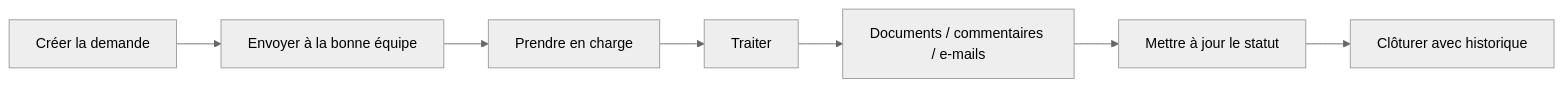
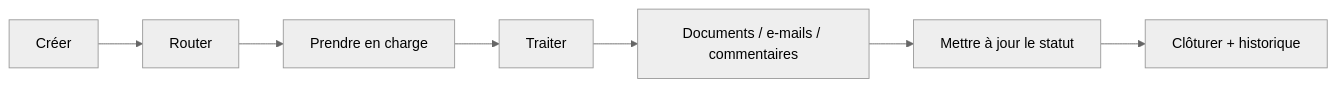
One commit to jeffersonkuku/jefferson-Mawapanga-Saku changed the second of 2 diagrams in projects/power-platform-ticketing-system/README.md. Above: the diagram before and after it, drawn with Mermaid (neutral theme). The commit also changed other lines of this file and 2 other files, not shown here.

````diff
--- a/projects/power-platform-ticketing-system/README.md
+++ b/projects/power-platform-ticketing-system/README.md
@@ -94,9 +85,9 @@
 ```mermaid
 flowchart LR
-    A[Créer la demande] --> B[Envoyer à la bonne équipe]
+    A[Créer] --> B[Router]
     B --> C[Prendre en charge]
     C --> D[Traiter]
-    D --> E[Documents / commentaires / e-mails]
+    D --> E[Documents / e-mails / commentaires]
     E --> F[Mettre à jour le statut]
-    F --> G[Clôturer avec historique]
+    F --> G[Clôturer + historique]
 ```
````
